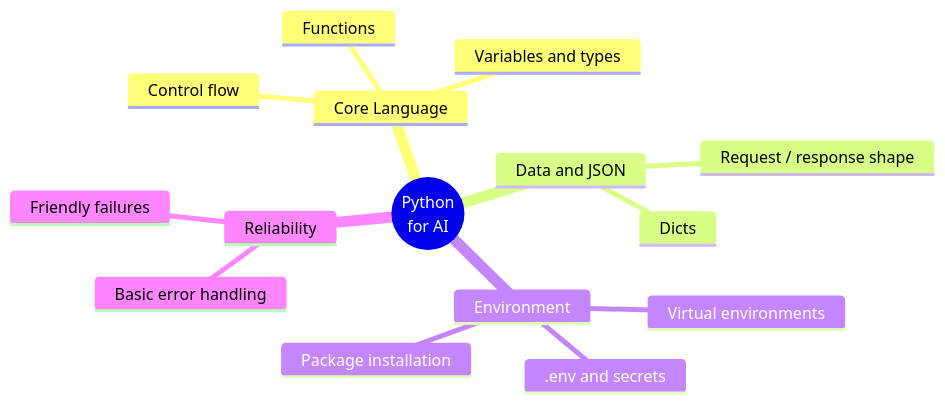
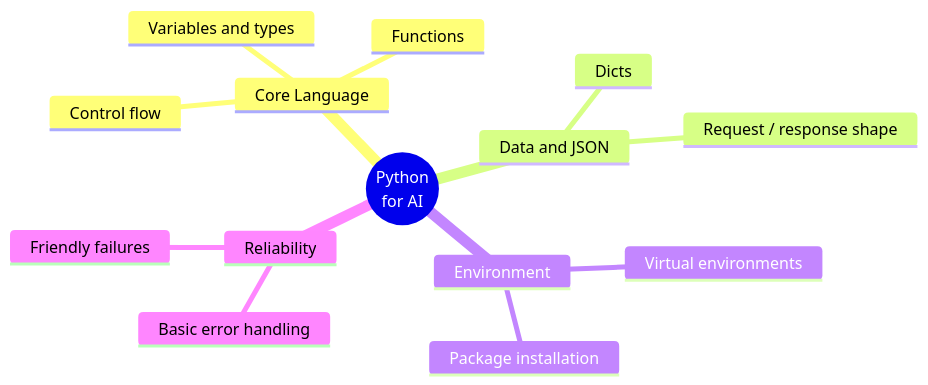
Before and after one commit to ramanujds/kpil-ai-fde: the first of 2 diagrams in session-01/python-for-ai/README.md, drawn with Mermaid. The commit also changed other lines of this file and 7 other files, not shown here.

````diff
--- a/session-01/python-for-ai/README.md
+++ b/session-01/python-for-ai/README.md
@@ -29,18 +29,17 @@
 ```mermaid
 mindmap
   root((Python<br/>for AI))
     Core Language
       Variables and types
       Functions
       Control flow
     Data and JSON
       Dicts
       Request / response shape
     Environment
       Virtual environments
       Package installation
-      .env and secrets
     Reliability
       Basic error handling
       Friendly failures
 ```
````
